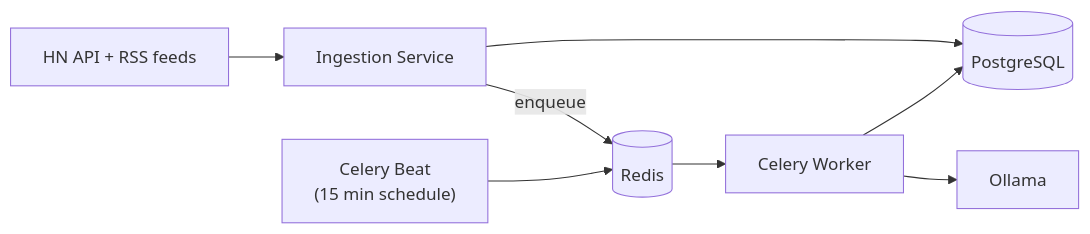
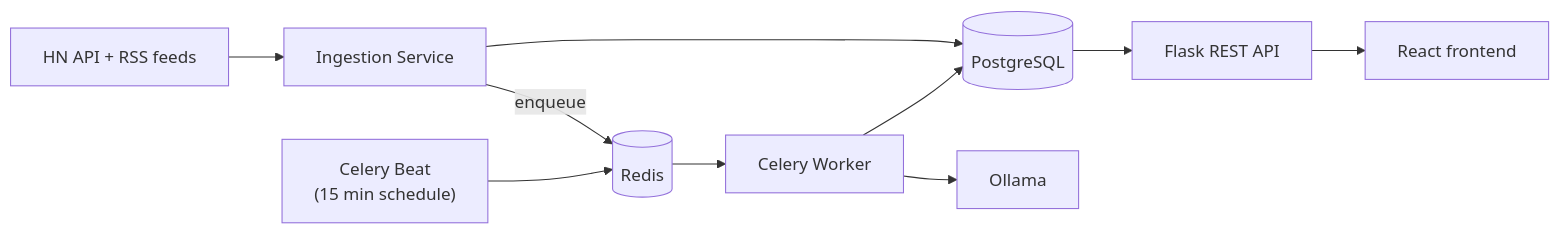
Before and after one commit to KayBee1880/TechDigest: the diagram in README.md, drawn with Mermaid. The commit also changed other lines of this file and 1 other file, not shown here.

Commit message:
Mark M5 (Frontend) complete in roadmap and README

````diff
--- a/README.md
+++ b/README.md
@@ -46,10 +47,12 @@
 ```mermaid
 flowchart LR
     Sources["HN API + RSS feeds"] --> Ingest["Ingestion Service"]
     Ingest --> PG[("PostgreSQL")]
     Ingest -->|enqueue| Redis[("Redis")]
     Beat["Celery Beat<br/>(15 min schedule)"] --> Redis
     Redis --> Worker["Celery Worker"]
     Worker --> AI["Ollama"]
     Worker --> PG
+    PG --> API["Flask REST API"]
+    API --> FE["React frontend"]
 ```
````
